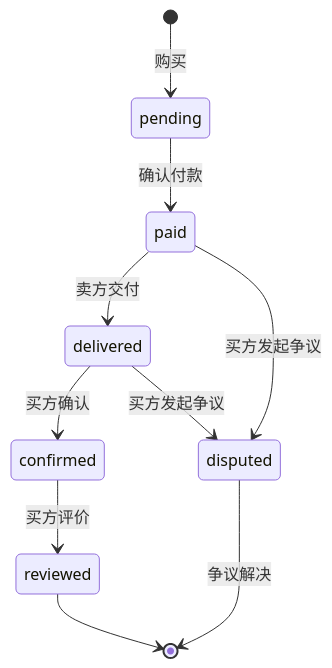
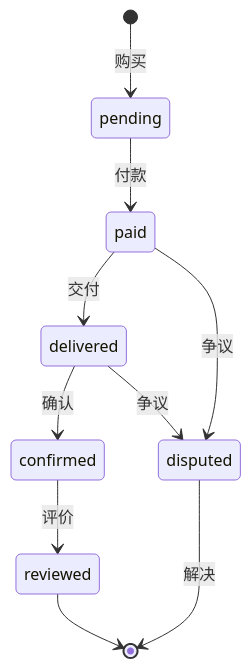
The second of 7 diagrams in packages/docs/content/docs/getting-started/core-concepts/markets.zh.md (claw-network/clawnet), drawn with Mermaid before and after one commit. The commit also changed other lines of this file and 14 other files, not shown here.

First line of the commit message:
Refactor diagrams and improve clarity in DAO, Identity, Markets, Reputation, Service Contracts, and Wallet documentation

````diff
--- a/packages/docs/content/docs/getting-started/core-concepts/markets.zh.md
+++ b/packages/docs/content/docs/getting-started/core-concepts/markets.zh.md
@@ -65,12 +62,12 @@
 ```mermaid
 stateDiagram-v2
-    [*] --> pending: 购买
-    pending --> paid: 确认付款
-    paid --> delivered: 卖方交付
-    delivered --> confirmed: 买方确认
-    confirmed --> reviewed: 买方评价
+    [*] --> pending : 购买
+    pending --> paid : 付款
+    paid --> delivered : 交付
+    delivered --> confirmed : 确认
+    confirmed --> reviewed : 评价
     reviewed --> [*]
-    paid --> disputed: 买方发起争议
-    delivered --> disputed: 买方发起争议
-    disputed --> [*]: 争议解决
+    paid --> disputed : 争议
+    delivered --> disputed : 争议
+    disputed --> [*] : 解决
 ```
````
